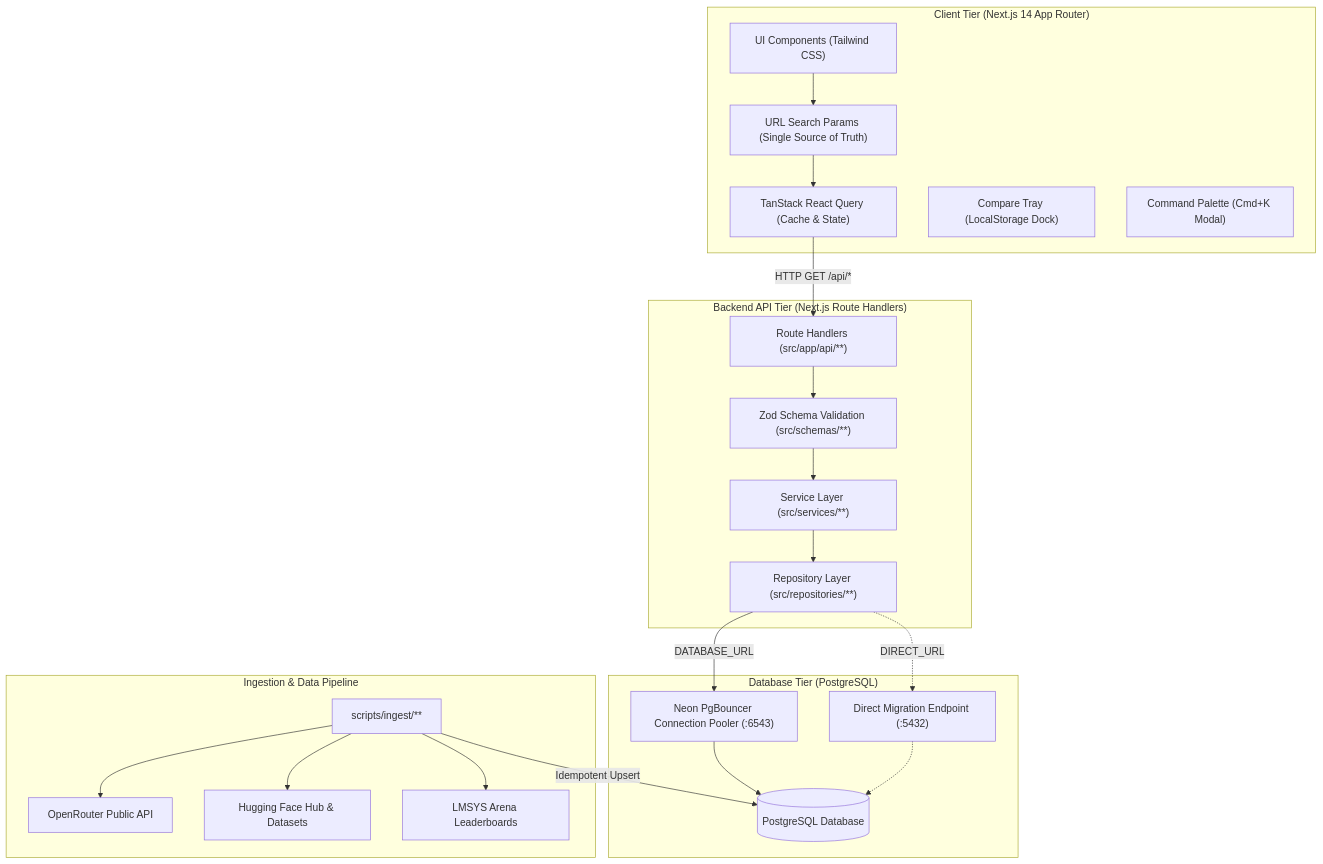
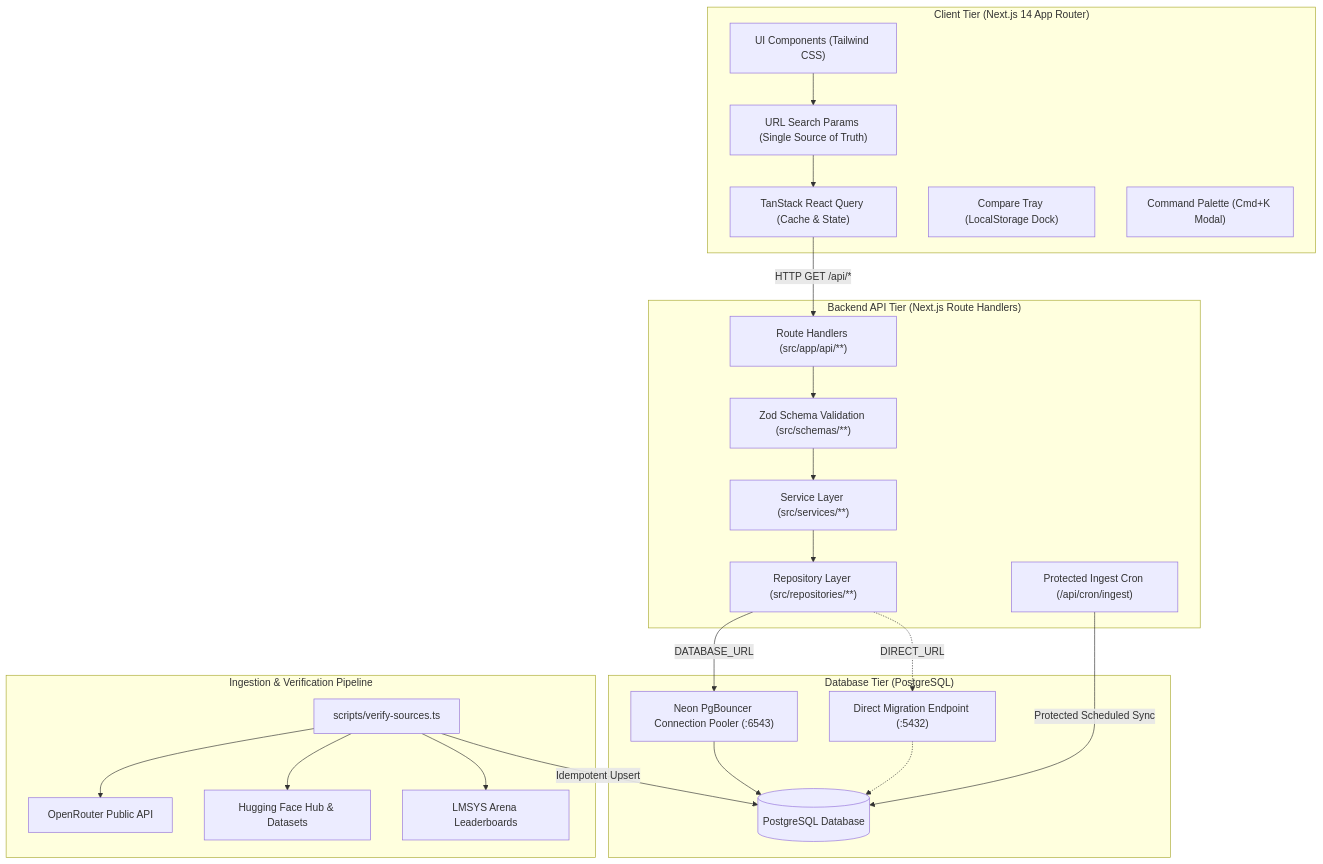
One commit to Swagat108/OneAtlas changed the first of 2 diagrams in README.md. Above: the diagram before and after it, drawn with Mermaid. The commit also changed other lines of this file and 9 other files, not shown here.

Commit message:
fix(og): replace dynamic edge og with static image and add protected cron route

````diff
--- a/README.md
+++ b/README.md
@@ -126,46 +106,48 @@
 ```mermaid
 flowchart TD
     subgraph Client["Client Tier (Next.js 14 App Router)"]
         UI["UI Components (Tailwind CSS)"]
         URL["URL Search Params (Single Source of Truth)"]
         RQ["TanStack React Query (Cache & State)"]
         TRAY["Compare Tray (LocalStorage Dock)"]
         CMD["Command Palette (Cmd+K Modal)"]
     end
 
     subgraph API["Backend API Tier (Next.js Route Handlers)"]
         RH["Route Handlers (src/app/api/**)"]
+        CRON["Protected Ingest Cron (/api/cron/ingest)"]
         ZOD["Zod Schema Validation (src/schemas/**)"]
         SVC["Service Layer (src/services/**)"]
         REPO["Repository Layer (src/repositories/**)"]
     end
 
     subgraph Database["Database Tier (PostgreSQL)"]
         POOL["Neon PgBouncer Connection Pooler (:6543)"]
         DIRECT["Direct Migration Endpoint (:5432)"]
         PG[("PostgreSQL Database")]
     end
 
-    subgraph Pipeline["Ingestion & Data Pipeline"]
-        INGEST["scripts/ingest/**"]
+    subgraph Pipeline["Ingestion & Verification Pipeline"]
+        INGEST["scripts/verify-sources.ts"]
         OPENROUTER["OpenRouter Public API"]
         HF["Hugging Face Hub & Datasets"]
         LMSYS["LMSYS Arena Leaderboards"]
     end
 
     UI --> URL
     URL --> RQ
     RQ -->|HTTP GET /api/*| RH
     RH --> ZOD
     ZOD --> SVC
     SVC --> REPO
     REPO -->|DATABASE_URL| POOL
     POOL --> PG
     REPO -.->|DIRECT_URL| DIRECT
     DIRECT -.-> PG
+    CRON -->|Protected Scheduled Sync| PG
 
     INGEST --> OPENROUTER
     INGEST --> HF
     INGEST --> LMSYS
     INGEST -->|Idempotent Upsert| PG
 ```
````
